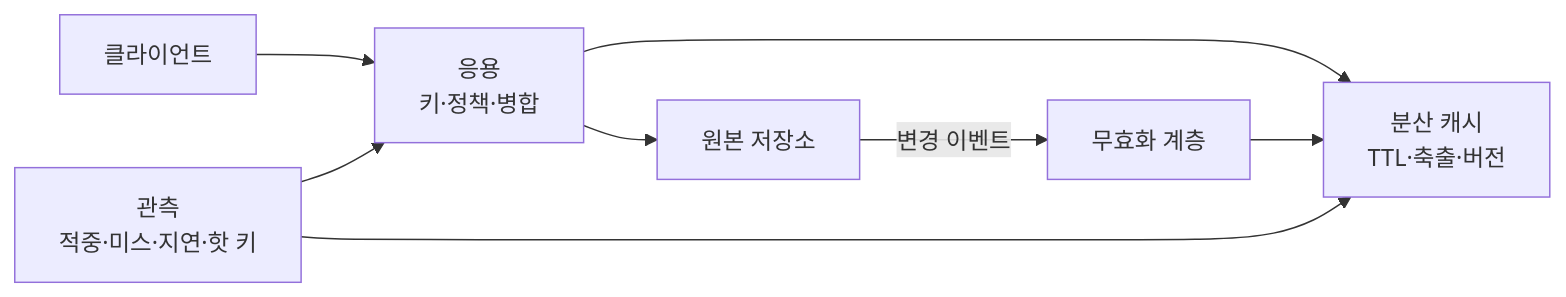
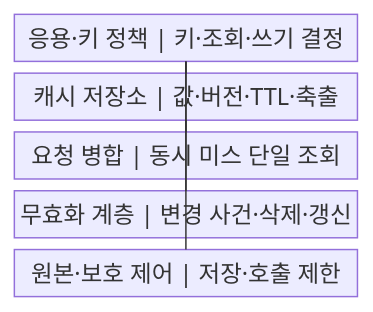
The first of 2 diagrams in src/content/docs/notes/03-software/180_caching_strategy.md (agnusdei1207/knowledge-base), drawn with Mermaid before and after one commit. The commit also changed other lines of this file and 20 other files, not shown here.

````diff
--- a/src/content/docs/notes/03-software/180_caching_strategy.md
+++ b/src/content/docs/notes/03-software/180_caching_strategy.md
@@ -61,10 +57,13 @@
 ```mermaid
-flowchart LR
-    U["클라이언트"] --> A["응용<br/>키·정책·병합"]
-    A --> C["분산 캐시<br/>TTL·축출·버전"]
-    A --> D["원본 저장소"]
-    D -->|"변경 이벤트"| I["무효화 계층"]
-    I --> C
-    M["관측<br/>적중·미스·지연·핫 키"] --> A
-    M --> C
+block
+    columns 1
+    A["응용·키 정책 | 키·조회·쓰기 결정"]
+    B["캐시 저장소 | 값·버전·TTL·축출"]
+    C["요청 병합 | 동시 미스 단일 조회"]
+    D["무효화 계층 | 변경 사건·삭제·갱신"]
+    E["원본·보호 제어 | 저장·호출 제한"]
+    A --- B
+    A --- C
+    B --- D
+    A --- E
 ```
````
